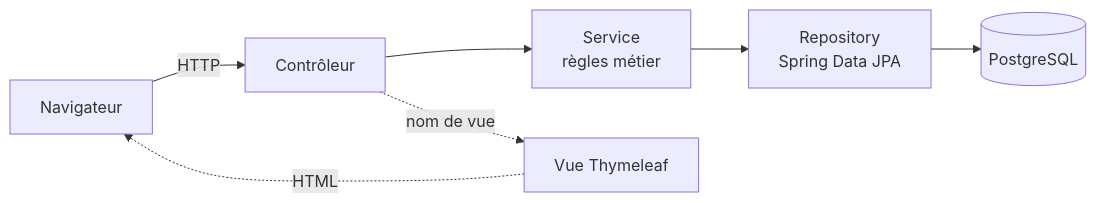
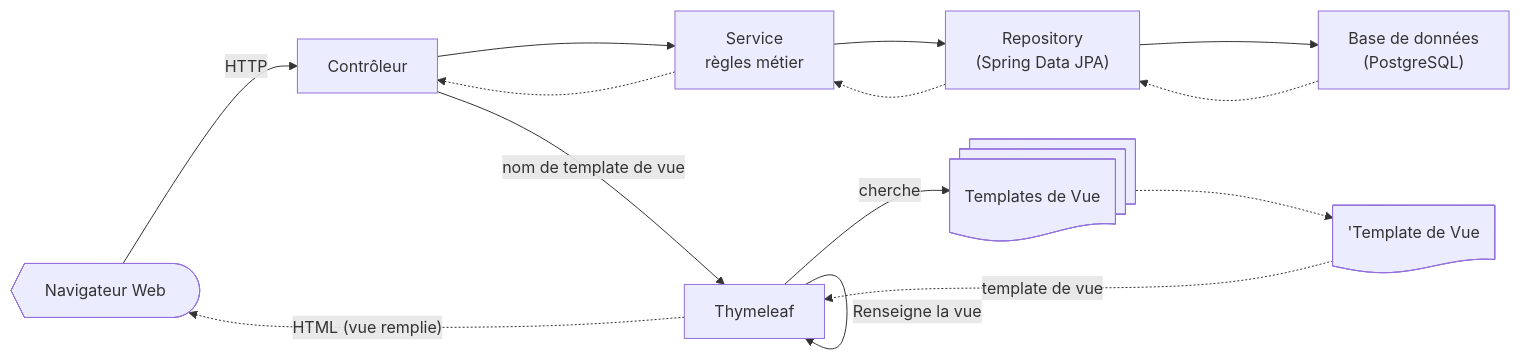
Before and after one commit to ebouchut/bouchut-eric-dossiers-pros-DWWM: the first of 3 diagrams in diaporama/slides.md, drawn with Mermaid. The commit also changed other lines of this file, not shown here.

Commit message:
docs(diaporama): Fix typos and improve MVC diagram

````diff
--- a/diaporama/slides.md
+++ b/diaporama/slides.md
@@ -354,17 +354,26 @@
-```mermaid { scale: 0.8 }
+```mermaid { scale: 0.6 }
 flowchart LR
-    browser[Navigateur]
+    browser@{shape: curv-trap, label: "Navigateur Web"}
     controller[Contrôleur]
     service["Service<br/>règles métier"]
-    repository["Repository<br/>Spring Data JPA"]
-    db[(PostgreSQL)]
-    view[Vue Thymeleaf]
-    
+    repository["Repository<br/>(Spring Data JPA)"]
+    db["Base de données
+        (PostgreSQL)"]
+    thymeleaf[Thymeleaf]
+    views@{ shape: docs, label: "Templates de Vue" }
+    view@{  shape: doc,  label: "'Template de Vue" }
 
     browser     -->|HTTP| controller
     controller  --> service
     service     --> repository
     repository  --> db
-    controller  -.->|nom de vue| view
-    view        -.->|HTML| browser
+    db          -.-> repository
+    repository  -.-> service
+    service     -.-> controller
+    controller  -->|nom de template de vue| thymeleaf
+    thymeleaf   -->|cherche| views
+    views       -.-> view
+    view        -.->|template de vue| thymeleaf
+    thymeleaf   -->|Renseigne la vue| thymeleaf
+    thymeleaf   -.-> |"HTML (vue remplie)"| browser
 ```
````
